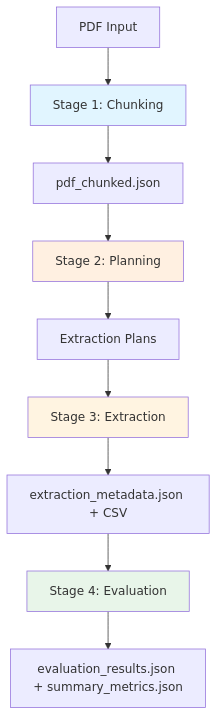
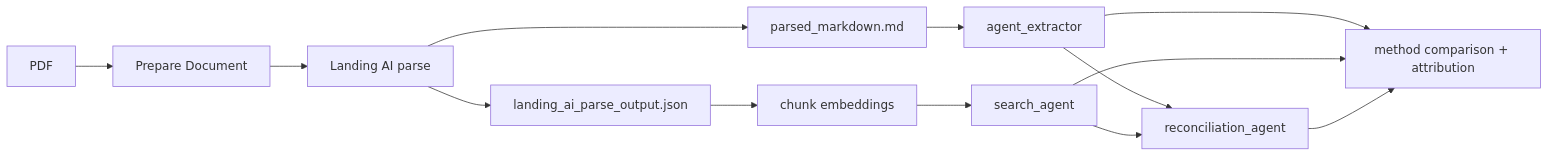
One commit to CoRAL-ASU/EviSearch changed the diagram in README.md. Above: the diagram before and after it, drawn with Mermaid. The commit also changed other lines of this file and 67 other files, not shown here.

````diff
--- a/README.md
+++ b/README.md
@@ -25,16 +15,15 @@
 ```mermaid
-flowchart TD
-    A[PDF Input] --> B[Stage 1: Chunking]
-    B --> C[pdf_chunked.json]
-    C --> D[Stage 2: Planning]
-    D --> E[Extraction Plans]
-    E --> F[Stage 3: Extraction]
-    F --> G[extraction_metadata.json + CSV]
-    G --> H[Stage 4: Evaluation]
-    H --> I[evaluation_results.json + summary_metrics.json]
-    
-    style B fill:#e1f5ff
-    style D fill:#fff0e1
-    style F fill:#fff4e1
-    style H fill:#e8f5e9
+flowchart LR
+    A[PDF] --> B[Prepare Document]
+    B --> C[Landing AI parse]
+    C --> D[parsed_markdown.md]
+    C --> E[landing_ai_parse_output.json]
+    D --> F[agent_extractor]
+    E --> G[chunk embeddings]
+    G --> H[search_agent]
+    F --> I[reconciliation_agent]
+    H --> I
+    F --> J[method comparison + attribution]
+    H --> J
+    I --> J
 ```
````
